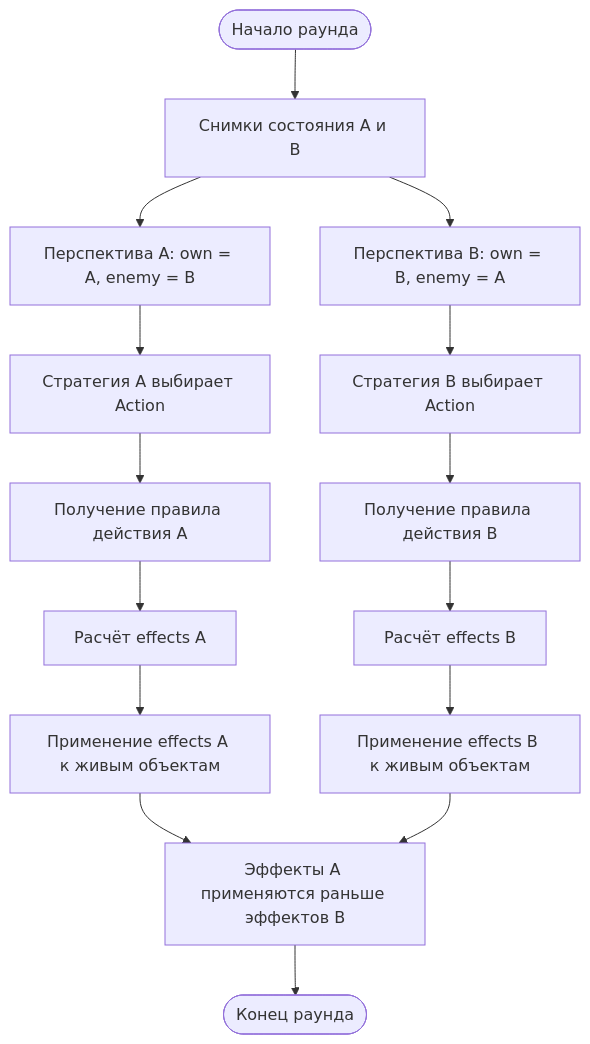
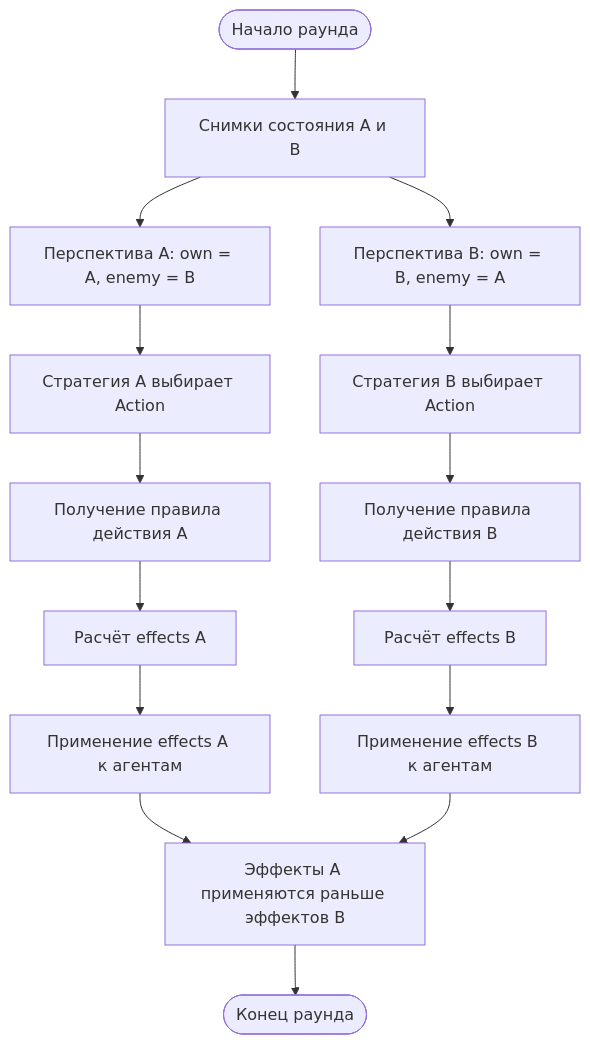
One commit to helweras/Metalab changed the second of 4 diagrams in docs/battle_scheme.md. Above: the diagram before and after it, drawn with Mermaid.

Commit message:
docs: clarify effect application targets

````diff
--- a/docs/battle_scheme.md
+++ b/docs/battle_scheme.md
@@ -31,17 +31,17 @@
 ```mermaid
 flowchart TD
     START([Начало раунда]) --> SNAP[Снимки состояния A и B]
     SNAP --> VIEW_A[Перспектива A: own = A, enemy = B]
     SNAP --> VIEW_B[Перспектива B: own = B, enemy = A]
     VIEW_A --> ACTION_A[Стратегия A выбирает Action]
     VIEW_B --> ACTION_B[Стратегия B выбирает Action]
     ACTION_A --> RULE_A[Получение правила действия A]
     ACTION_B --> RULE_B[Получение правила действия B]
     RULE_A --> EFFECT_A[Расчёт effects A]
     RULE_B --> EFFECT_B[Расчёт effects B]
-    EFFECT_A --> APPLY_A[Применение effects A к живым объектам]
-    EFFECT_B --> APPLY_B[Применение effects B к живым объектам]
+    EFFECT_A --> APPLY_A[Применение effects A к агентам]
+    EFFECT_B --> APPLY_B[Применение effects B к агентам]
     APPLY_A --> ORDER[Эффекты A применяются раньше эффектов B]
     APPLY_B --> ORDER
     ORDER --> FINISH([Конец раунда])
 ```
````
